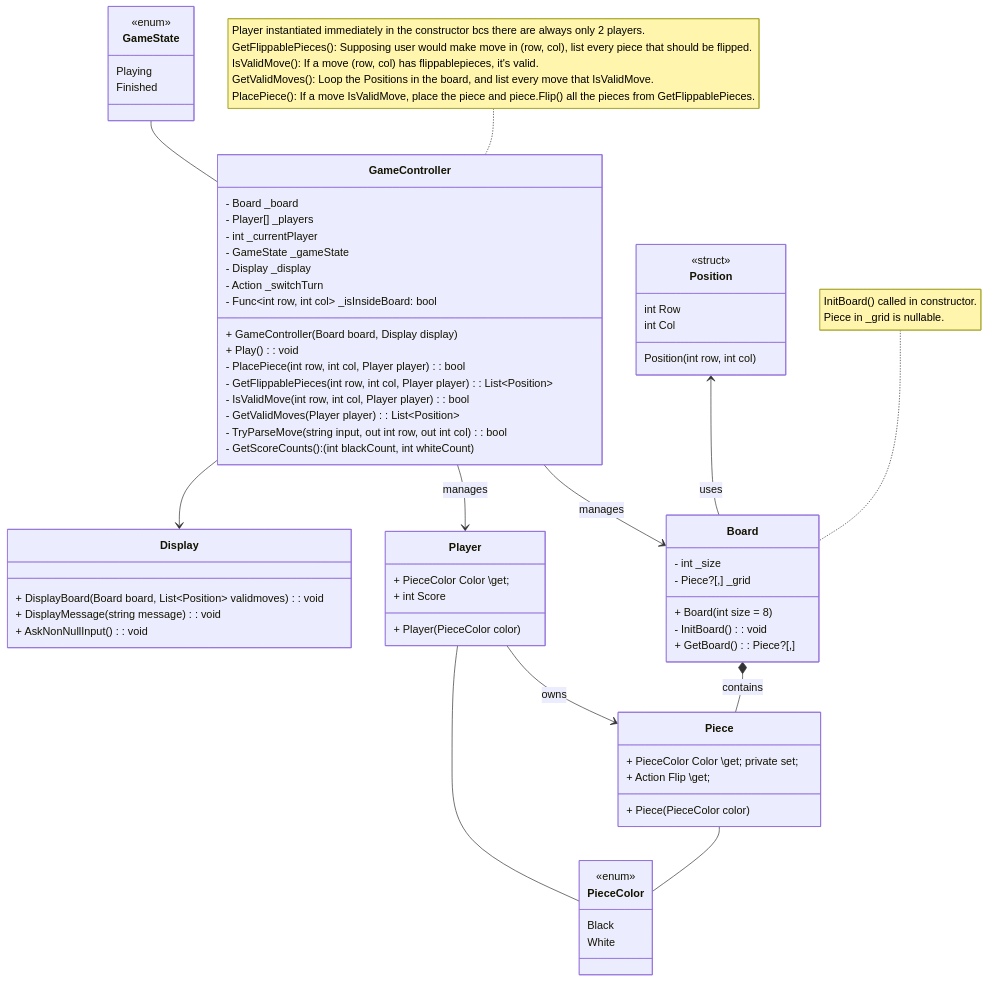
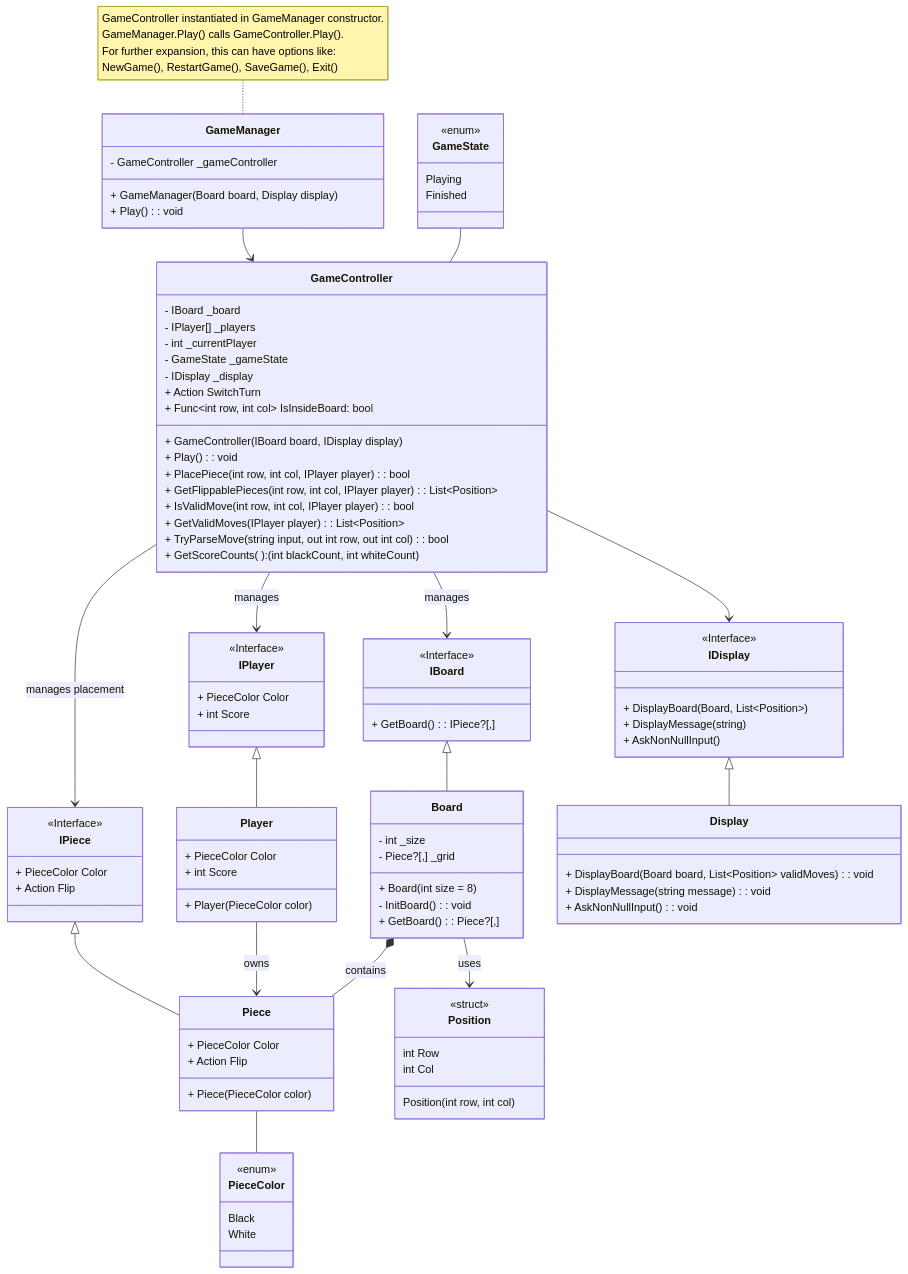
One commit to andromedhaaw/Othello changed the diagram in othelloworld.mmd. Above: the diagram before and after it, drawn with Mermaid.

```diff
--- a/othelloworld.mmd
+++ b/othelloworld.mmd
@@ -1,118 +1,112 @@
 classDiagram
-    GameController --> Board : manages
-    GameController --> Player : manages
+    GameController --> IBoard : manages
+    GameController --> IPlayer : manages
+    GameController --> IPiece : manages placement
+    GameController --> IDisplay
     GameState -- GameController
-    GameController --> Display
     Board *-- Piece : contains
-    Position <-- Board : uses
+    Board --> Position : uses
     Player --> Piece : owns
-    Player -- PieceColor
     Piece -- PieceColor
+    IDisplay <|-- Display
+    IBoard <|-- Board
+    IPlayer <|-- Player
+    IPiece <|-- Piece
+    GameManager --> GameController
 
     class Display {
-        + DisplayBoard(Board board, List~Position~ validmoves): void
+        + DisplayBoard(Board board, List~Position~ validMoves): void
         + DisplayMessage(string message): void
         + AskNonNullInput( ): void
     }
 
+    class GameManager {
+        - GameController _gameController
+        + GameManager(Board board, Display display)
+        + Play( ): void
+    }
+    note for GameManager "GameController instantiated in GameManager constructor.
+    GameManager.Play() calls GameController.Play().
+    For further expansion, this can have options like:
+    NewGame(), RestartGame(), SaveGame(), Exit()"
+
     class GameController {
-        - Board _board
-        - Player[] _players
+        - IBoard _board
+        - IPlayer[] _players
         - int _currentPlayer
         - GameState _gameState
-        - Display _display
-        - Action _switchTurn
-        - Func~int row, int col~ _isInsideBoard: bool
-        + GameController(Board board, Display display)
+        - IDisplay _display
+        + Action SwitchTurn
+        + Func~int row, int col~ IsInsideBoard: bool
+        + GameController(IBoard board, IDisplay display)
         + Play(): void
-        - PlacePiece(int row, int col, Player player): bool
-        - GetFlippablePieces(int row, int col, Player player): List~Position~
-        - IsValidMove(int row, int col, Player player): bool
-        - GetValidMoves(Player player): List~Position~
-        - TryParseMove(string input, out int row, out int col): bool
-        - GetScoreCounts(): (int blackCount, int whiteCount)
+        + PlacePiece(int row, int col, IPlayer player): bool
+        + GetFlippablePieces(int row, int col, IPlayer player): List~Position~
+        + IsValidMove(int row, int col, IPlayer player): bool
+        + GetValidMoves(IPlayer player): List~Position~
+        + TryParseMove(string input, out int row, out int col): bool
+        + GetScoreCounts( ): (int blackCount, int whiteCount)
     }
-    note for GameController "Player instantiated immediately in the constructor bcs there are always only 2 players.
-    GetFlippablePieces(): Supposing user would make move in (row, col), list every piece that should be flipped.
-    IsValidMove(): If a move (row, col) has flippablepieces, it's valid.
-    GetValidMoves(): Loop the Positions in the board, and list every move that IsValidMove.
-    PlacePiece(): If a move IsValidMove, place the piece and piece.Flip() all the pieces from GetFlippablePieces.
-    "
 
     class Board {
         - int _size
         - Piece?[,] _grid
         + Board(int size = 8)
         - InitBoard(): void
         + GetBoard(): Piece?[,]
     }
-    note for Board "InitBoard() called in constructor.
-    Piece in _grid is nullable."
 
     class Piece {
-        + PieceColor Color \\get; private set;
-        + Action Flip \\get;
+        + PieceColor Color
+        + Action Flip
         + Piece(PieceColor color)
     }
 
     class Player {
-        + PieceColor Color \\get;
+        + PieceColor Color
         + int Score
         + Player(PieceColor color)
     }
 
     class Position {
         <<struct>>
         int Row
         int Col
         Position(int row, int col)
     }
 
     class PieceColor {
         <<enum>>
         Black
         White
     }
-    %% Black marked with X, White marked with O
 
     class GameState {
         <<enum>>
         Playing
         Finished
     }
 
+    class IDisplay {
+        <<Interface>>
+        + DisplayBoard(Board, List~Position~)
+        + DisplayMessage(string)
+        + AskNonNullInput()
+    }
 
-%% Rules:
+    class IBoard {
+        <<Interface>>
+        + GetBoard(): IPiece?[,]
+    }
 
-%% 2 players (Black & White), on 8x8 board.
+    class IPiece {
+        <<Interface>>
+        + PieceColor Color
+        + Action Flip
+    }
 
-%% Initial board: 4 pieces at the center with this configuration:
-%% W B
-%% B W
-
-%% Black moves first.
-
-%% Black (White) place a black (white) piece on the board, 
-%% in such a way that there is at least one straight 
-%% (horizontal, vertical, or diagonal) occupied line 
-%% between the new piece and another black (white) piece, 
-%% with one or more contiguous white (black) pieces between them.
-
-%% After placing the piece, 
-%% Black (White) flips all white pieces lying on a straight line
-%% between the new piece and any existing black (white) pieces.
-
-%% All flipped pieces are now black (white).
-
-%% Players alternate taking turns.
-
-%% If a player does not have any valid moves,
-%% play passes back to the other player.
-
-%% When neither player can move, the game ends.
-
-%% A game of Othello may end before the board is completely filled.
-
-%% The player with the most pieces on the board at the end of the game wins.
-
-%% If both players have the same number of pieces, then the game is a draw.
+    class IPlayer {
+        <<Interface>>
+        + PieceColor Color
+        + int Score
+    }
```
